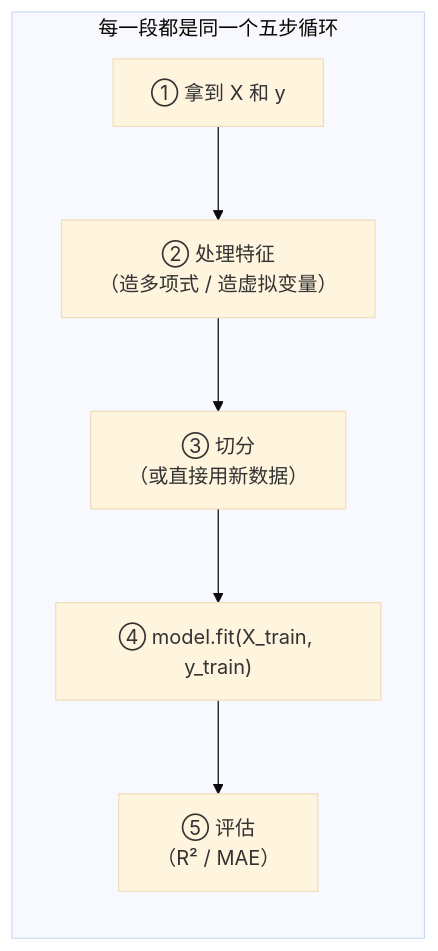
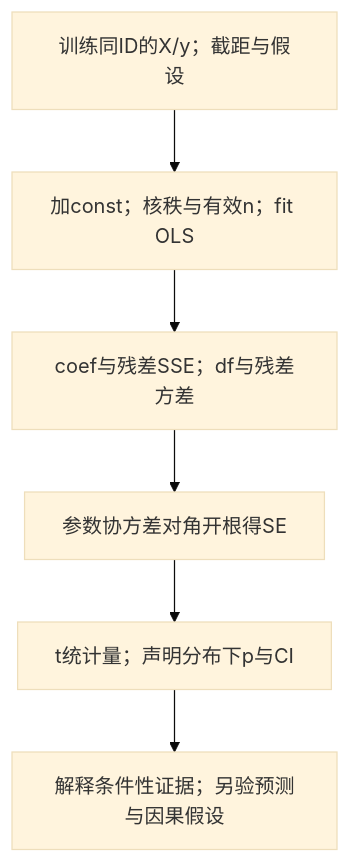
The tenth of 13 diagrams in IS6400_Business_Data_Analytics/notes/T02-回归实战-从合成数据到Airbnb定价.md (CercaTrovato/cityu-ai-course-notes), drawn with Mermaid (base theme) before and after one commit. The commit also changed other lines of this file and 116 other files, not shown here.

````diff
--- a/IS6400_Business_Data_Analytics/notes/T02-回归实战-从合成数据到Airbnb定价.md
+++ b/IS6400_Business_Data_Analytics/notes/T02-回归实战-从合成数据到Airbnb定价.md
@@ -1333,9 +1580,8 @@
 ```mermaid
-flowchart LR
-    subgraph P["每一段都是同一个五步循环"]
-        S1["① 拿到 X 和 y"] --> S2["② 处理特征<br/>（造多项式 / 造虚拟变量）"]
-        S2 --> S3["③ 切分<br/>（或直接用新数据）"]
-        S3 --> S4["④ model.fit(X_train, y_train)"]
-        S4 --> S5["⑤ 评估<br/>（R² / MAE）"]
-    end
+flowchart TD
+    S0["训练同ID的X/y；截距与假设"] --> S1["加const；核秩与有效n；fit OLS"]
+    S1 --> S2["coef与残差SSE；df与残差方差"]
+    S2 --> S3["参数协方差对角开根得SE"]
+    S3 --> S4["t统计量；声明分布下p与CI"]
+    S4 --> S5["解释条件性证据；另验预测与因果假设"]
 ```
````
